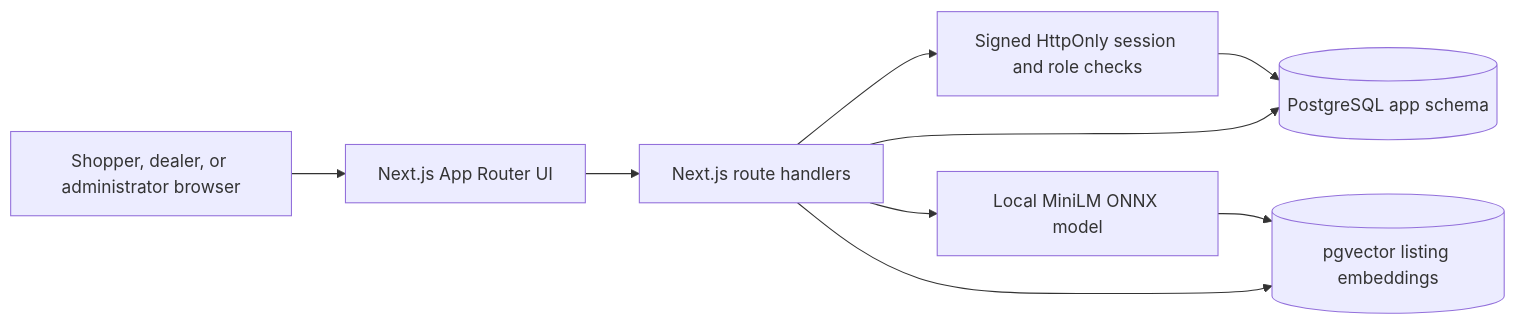
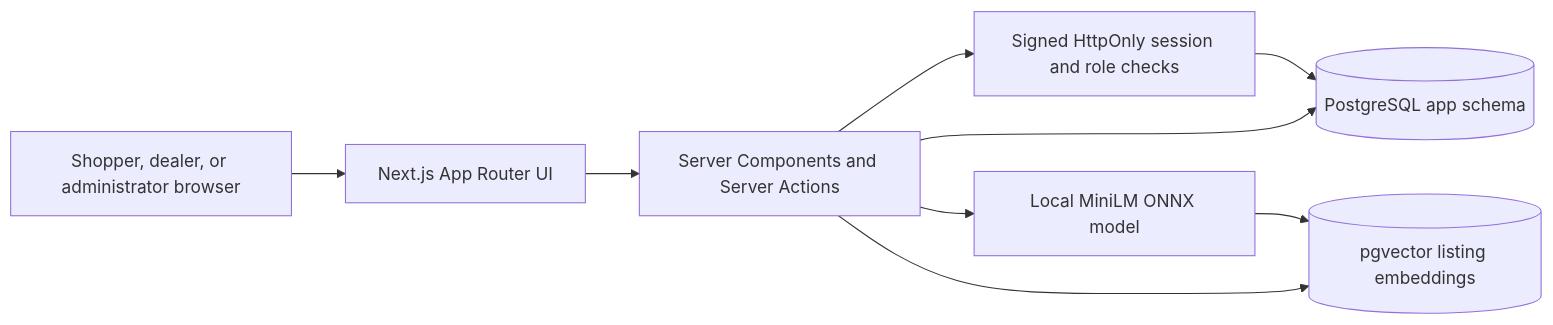
Before and after one commit to Ronit77x/AutoHubIQ: the diagram in docs/architecture-and-demo.md, drawn with Mermaid. The commit also changed other lines of this file and 76 other files, not shown here.

````diff
--- a/docs/architecture-and-demo.md
+++ b/docs/architecture-and-demo.md
@@ -5,19 +5,19 @@
 ```mermaid
 flowchart LR
     Browser[Shopper, dealer, or administrator browser]
     UI[Next.js App Router UI]
-    API[Next.js route handlers]
+    Server[Server Components and Server Actions]
     Auth[Signed HttpOnly session and role checks]
     DB[(PostgreSQL app schema)]
     Vector[(pgvector listing embeddings)]
     Model[Local MiniLM ONNX model]
 
     Browser --> UI
-    UI --> API
-    API --> Auth
+    UI --> Server
+    Server --> Auth
     Auth --> DB
-    API --> DB
-    API --> Model
+    Server --> DB
+    Server --> Model
     Model --> Vector
-    API --> Vector
+    Server --> Vector
 ```
````
